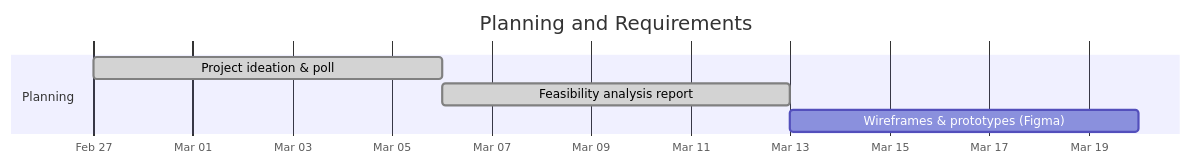
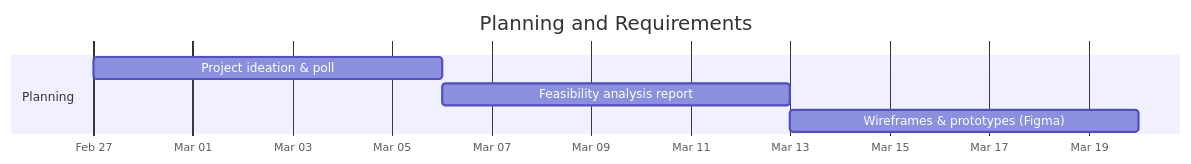
The first of 7 diagrams in GANTT.md (LuizGomes56/poosd_final_project), drawn with Mermaid before and after one commit. The commit also changed other lines of this file, not shown here.

````diff
--- a/GANTT.md
+++ b/GANTT.md
@@ -15,11 +15,11 @@
 ```mermaid
 gantt
     title Planning and Requirements
     dateFormat  YYYY-MM-DD
     axisFormat  %b %d
 
     section Planning
-    Project ideation & poll          :done, plan1, 2026-02-27, 2026-03-06
-    Feasibility analysis report      :done, plan2, 2026-03-06, 2026-03-13
+    Project ideation & poll          :      plan1, 2026-02-27, 2026-03-06
+    Feasibility analysis report      :      plan2, 2026-03-06, 2026-03-13
     Wireframes & prototypes (Figma)  :      ux1,   2026-03-13, 2026-03-20
 ```
````
